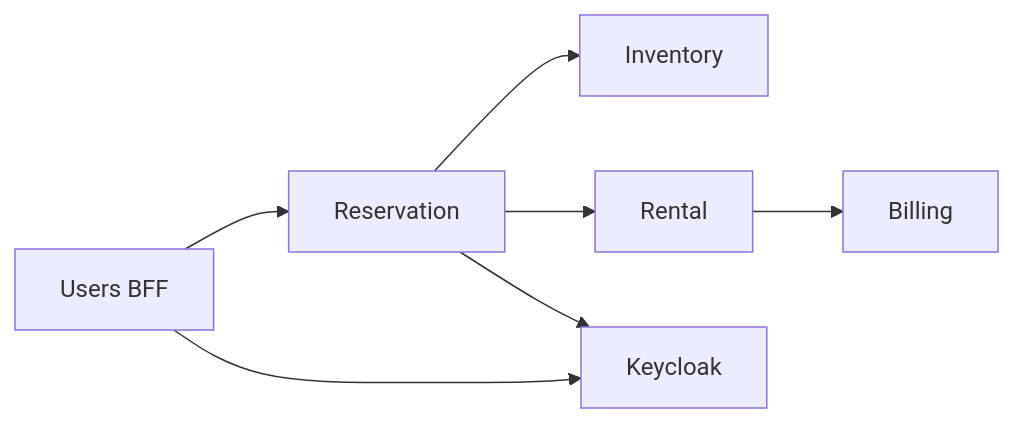
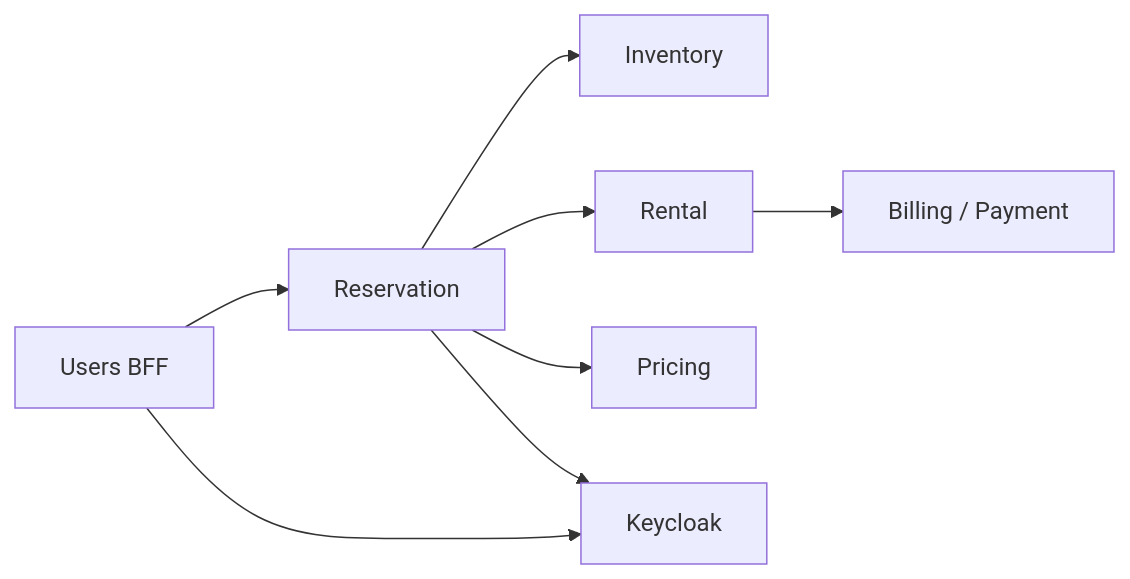
The diagram in docs/architecture.md (yureplacido/acme-car-rental), drawn with Mermaid before and after one commit. The commit also changed other lines of this file, not shown here.

Commit message:
docs(architecture): sync enriched DDD model

```diff
--- a/docs/architecture.md
+++ b/docs/architecture.md
@@ -28,16 +28,18 @@
 ~~~mermaid
 flowchart LR
     Users[Users BFF]
     Reservation[Reservation]
     Inventory[Inventory]
     Rental[Rental]
-    Billing[Billing]
+    Billing[Billing / Payment]
+    Pricing[Pricing]
     Identity[Keycloak]
 
     Users --> Reservation
     Reservation --> Inventory
     Reservation --> Rental
     Rental --> Billing
+    Reservation --> Pricing
     Users --> Identity
     Reservation --> Identity
 ~~~
```
